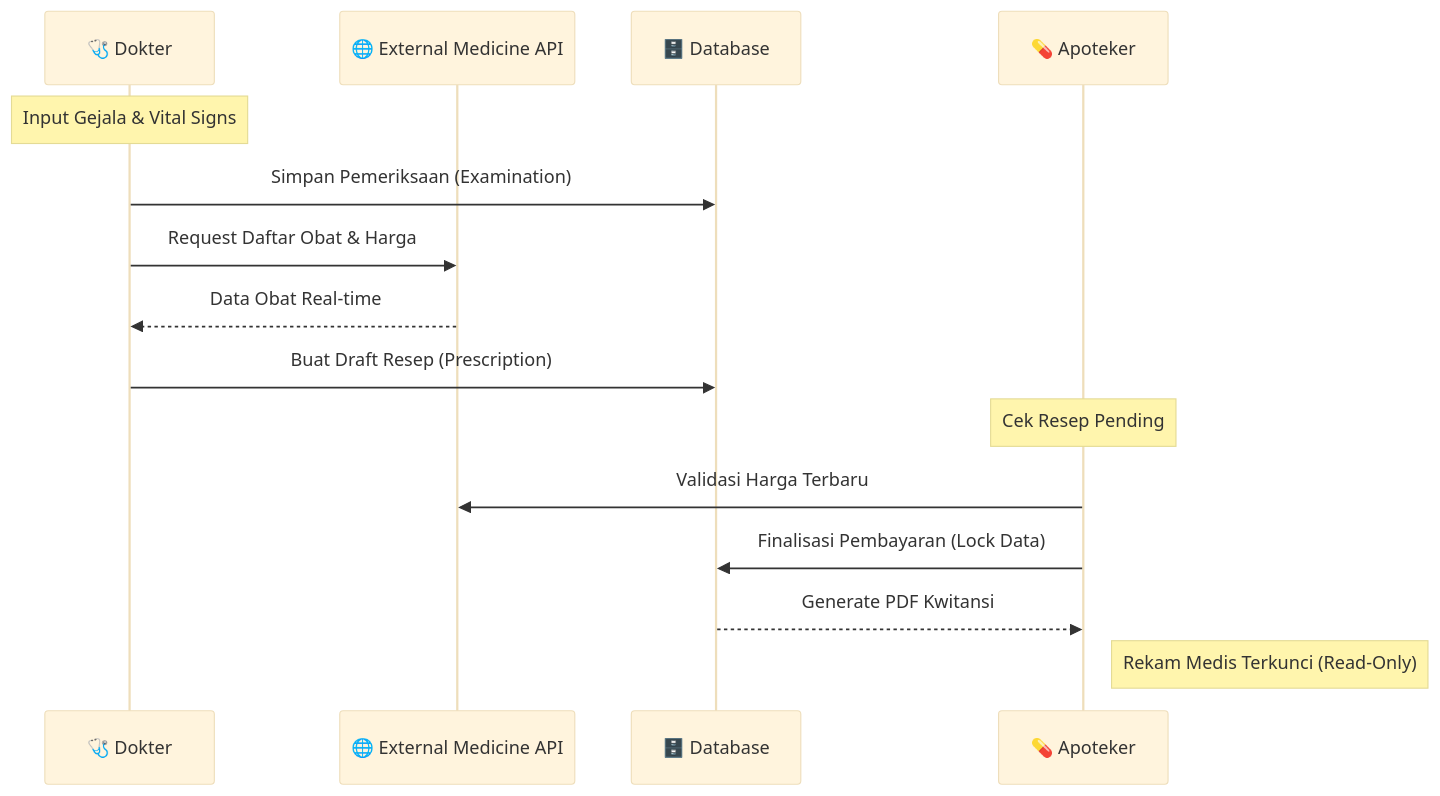
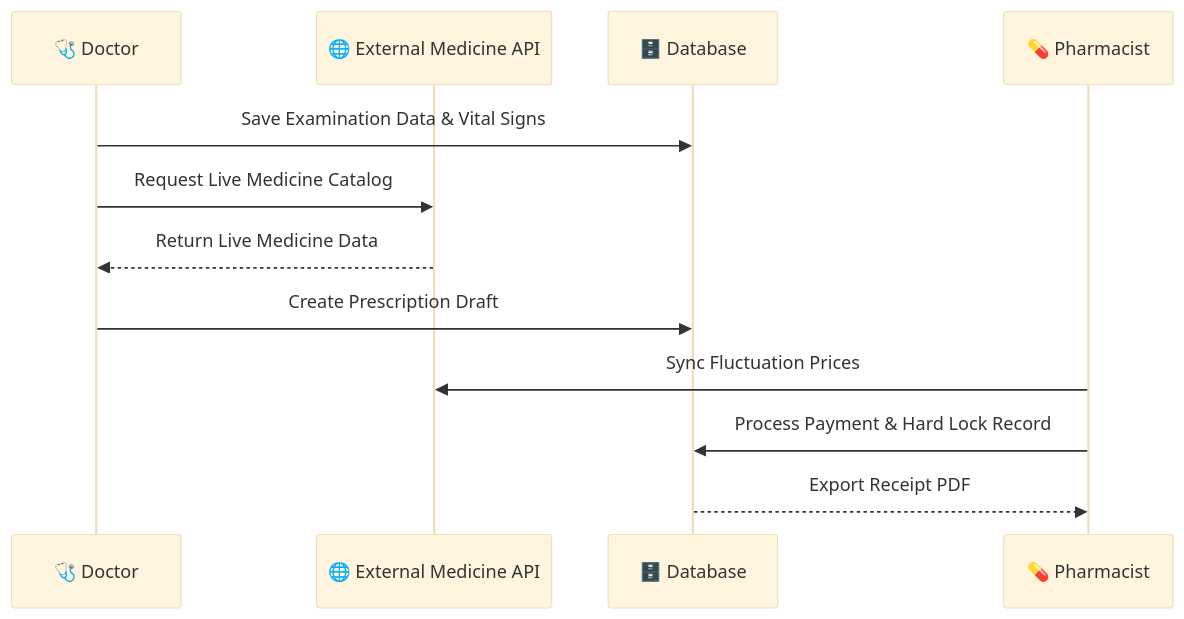
One commit to sunkcoast/medication-prescribing-web-app changed the first of 2 diagrams in README.md. Above: the diagram before and after it, drawn with Mermaid (base theme). The commit also changed other lines of this file, not shown here.

````diff
--- a/README.md
+++ b/README.md
@@ -163,19 +34,15 @@
 ```mermaid
 sequenceDiagram
-    participant D as 🩺 Dokter
+    participant D as 🩺 Doctor
     participant API as 🌐 External Medicine API
     participant DB as 🗄️ Database
-    participant A as 💊 Apoteker
+    participant A as 💊 Pharmacist
 
-    Note over D: Input Gejala & Vital Signs
-    D->>DB: Simpan Pemeriksaan (Examination)
-    D->>API: Request Daftar Obat & Harga
-    API-->>D: Data Obat Real-time
-    D->>DB: Buat Draft Resep (Prescription)
-    
-    Note over A: Cek Resep Pending
-    A->>API: Validasi Harga Terbaru
-    A->>DB: Finalisasi Pembayaran (Lock Data)
-    DB-->>A: Generate PDF Kwitansi
-    Note right of A: Rekam Medis Terkunci (Read-Only)
+    D->>DB: Save Examination Data & Vital Signs
+    D->>API: Request Live Medicine Catalog
+    API-->>D: Return Live Medicine Data
+    D->>DB: Create Prescription Draft
+    A->>API: Sync Fluctuation Prices
+    A->>DB: Process Payment & Hard Lock Record
+    DB-->>A: Export Receipt PDF
 ```
````
